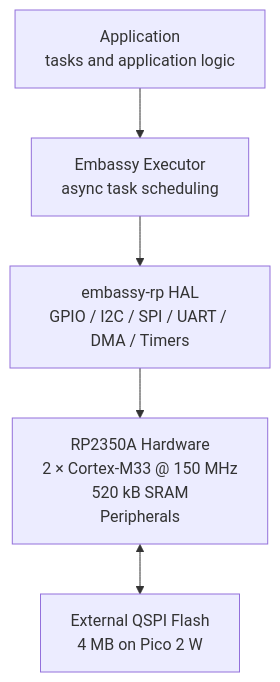
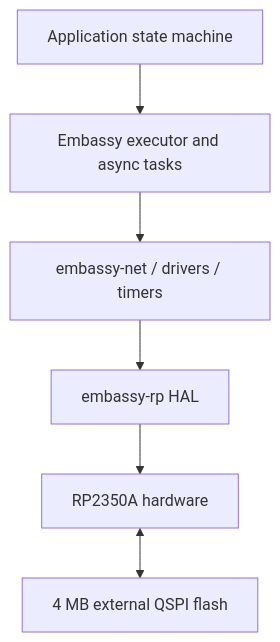
One commit to zmad5306/PicoDataLogger changed the first of 4 diagrams in docs/architecture.md. Above: the diagram before and after it, drawn with Mermaid. The commit also changed other lines of this file and 1 other file, not shown here.

Commit message:
Refresh architecture and project documentation (#39)

````diff
--- a/docs/architecture.md
+++ b/docs/architecture.md
@@ -45,13 +20,15 @@
 ```mermaid
 flowchart TD
-    APP["Application<br/>tasks and application logic"]
-    EXEC["Embassy Executor<br/>async task scheduling"]
-    HAL["embassy-rp HAL<br/>GPIO / I2C / SPI / UART / DMA / Timers"]
-    HW["RP2350A Hardware<br/>2 × Cortex-M33 @ 150 MHz<br/>520 kB SRAM<br/>Peripherals"]
-    FLASH["External QSPI Flash<br/>4 MB on Pico 2 W"]
+    APP["Application state machine"]
+    TASKS["Embassy executor and async tasks"]
+    SERVICES["embassy-net / drivers / timers"]
+    HAL["embassy-rp HAL"]
+    RP["RP2350A hardware"]
+    FLASH["4 MB external QSPI flash"]
 
-    APP --> EXEC
-    EXEC --> HAL
-    HAL --> HW
-    HW <--> FLASH
+    APP --> TASKS
+    TASKS --> SERVICES
+    SERVICES --> HAL
+    HAL --> RP
+    RP <--> FLASH
 ```
````
